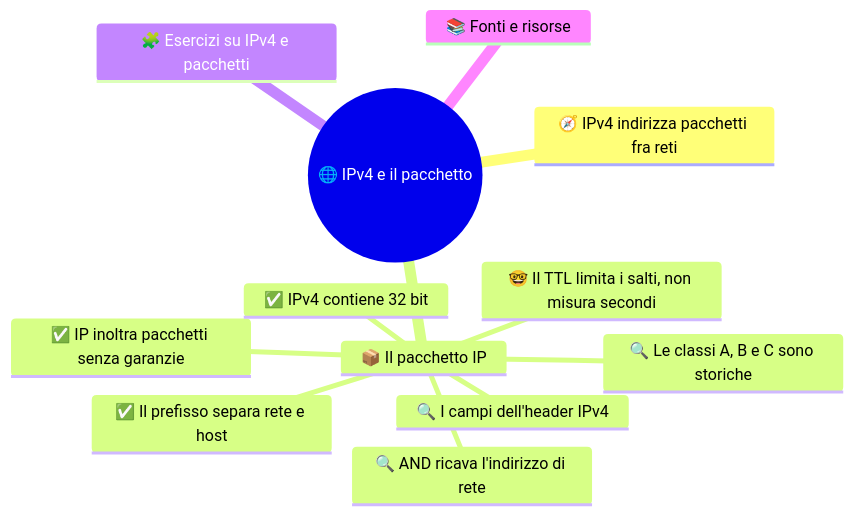
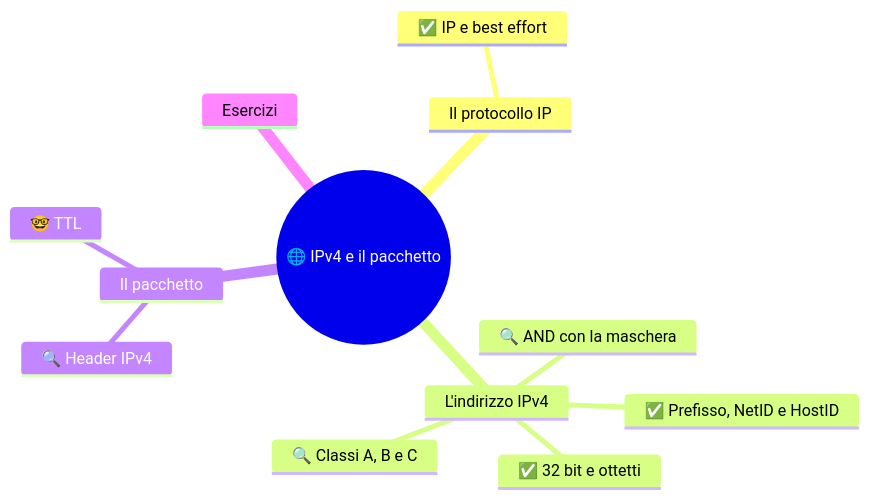
One commit to Neeqstock/dispense-caramuel changed the diagram in 4DI - Sistemi e Reti/1 SETT-OTT/(STU) 4DI sett-ott S3 - IPv4 e il pacchetto.md. Above: the diagram before and after it, drawn with Mermaid. The commit also changed other lines of this file and 19 other files, not shown here.

Commit message:
4DI, mermaid

````diff
--- a/4DI - Sistemi e Reti/1 SETT-OTT/(STU) 4DI sett-ott S3 - IPv4 e il pacchetto.md
+++ b/4DI - Sistemi e Reti/1 SETT-OTT/(STU) 4DI sett-ott S3 - IPv4 e il pacchetto.md
@@ -7,15 +13,15 @@
 ```mermaid
 mindmap
   root((🌐 IPv4 e il pacchetto))
-    🧭 IPv4 indirizza pacchetti fra reti
-    📦 Il pacchetto IP
-      ✅ IP inoltra pacchetti senza garanzie
-      ✅ IPv4 contiene 32 bit
-      ✅ Il prefisso separa rete e host
-      🔍 AND ricava l'indirizzo di rete
-      🔍 I campi dell'header IPv4
-      🔍 Le classi A, B e C sono storiche
-      🤓 Il TTL limita i salti, non misura secondi
-    🧩 Esercizi su IPv4 e pacchetti
-    📚 Fonti e risorse
+    Il protocollo IP
+      ✅ IP e best effort
+    L'indirizzo IPv4
+      ✅ 32 bit e ottetti
+      ✅ Prefisso, NetID e HostID
+      🔍 AND con la maschera
+      🔍 Classi A, B e C
+    Il pacchetto
+      🔍 Header IPv4
+      🤓 TTL
+    Esercizi
 ```
````
